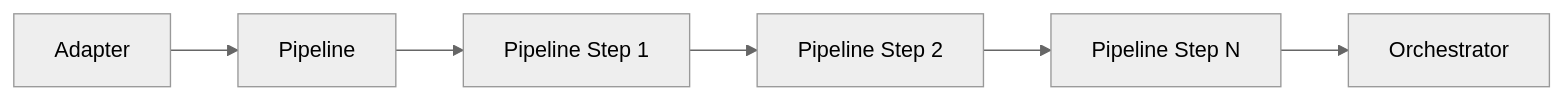
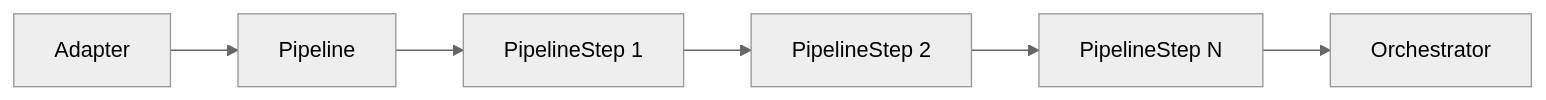
Before and after one commit to johnisonLima/assist-engine: the third of 3 diagrams in docs/architecture/04-components/12-dependencies/06-by-component/03-pipeline.md, drawn with Mermaid (neutral theme). The commit also changed other lines of this file and 17 other files, not shown here.

Commit message:
refactor: Renomear Middleware para PipelineStep e ajustar a estrutura do Pipeline

````diff
--- a/docs/architecture/04-components/12-dependencies/06-by-component/03-pipeline.md
+++ b/docs/architecture/04-components/12-dependencies/06-by-component/03-pipeline.md
@@ -129,14 +129,14 @@
 ```mermaid
 flowchart LR
 
 Adapter --> Pipeline -->
 
-PipelineStep1["Pipeline Step 1"] -->
+PipelineStep1["PipelineStep 1"] -->
 
-PipelineStep2["Pipeline Step 2"] -->
+PipelineStep2["PipelineStep 2"] -->
 
-PipelineStepN["Pipeline Step N"] -->
+PipelineStepN["PipelineStep N"] -->
 
 Orchestrator
 
 ```
````
